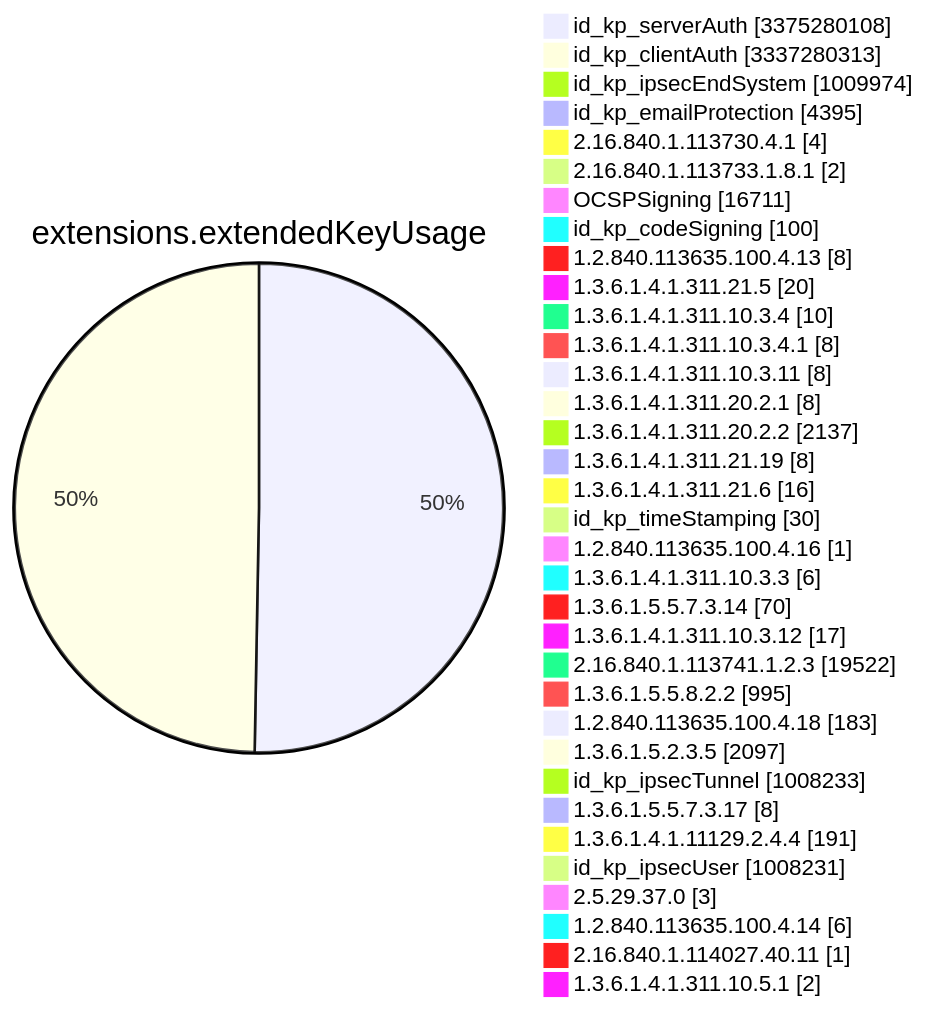
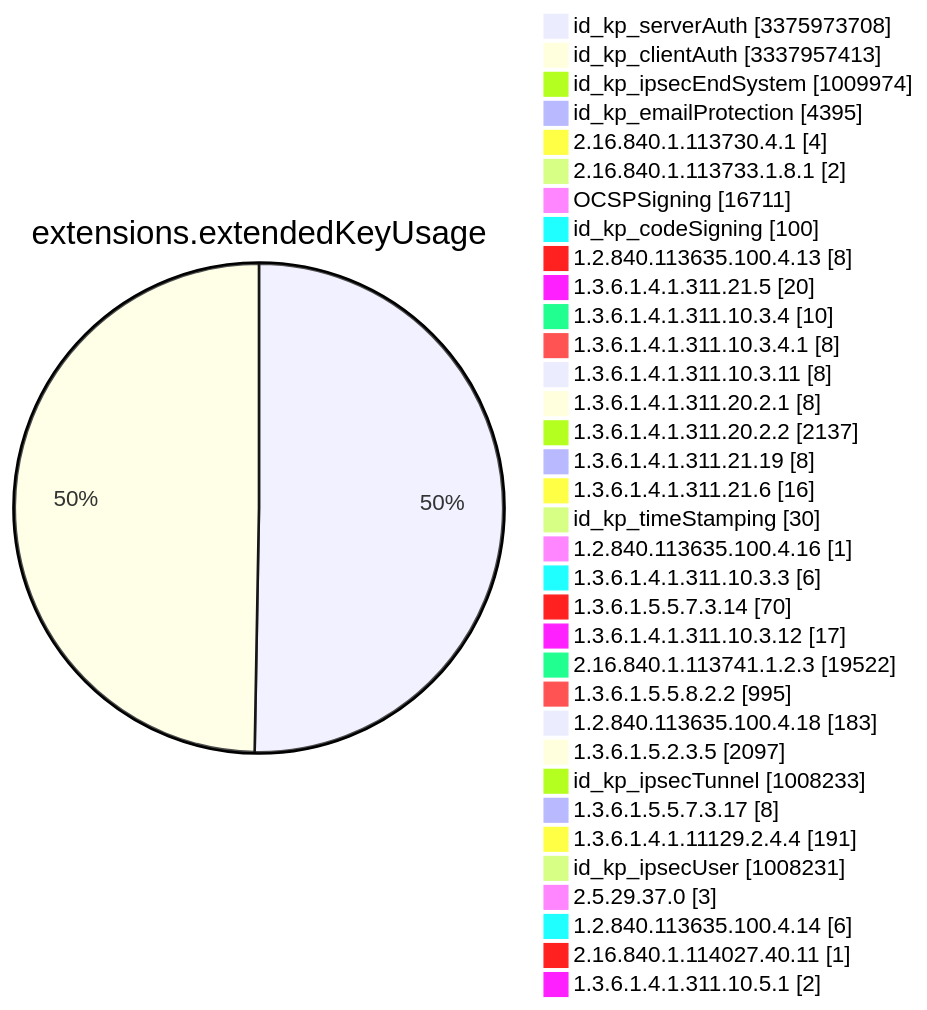
Diagram 11 of 15 in TOTAL/README.md (christiankrug/ctmonitor_visualization), drawn with Mermaid before and after one commit. The commit also changed other lines of this file, not shown here.

````diff
--- a/TOTAL/README.md
+++ b/TOTAL/README.md
@@ -4120,38 +4120,38 @@
 ```mermaid
 pie showData
 title extensions.extendedKeyUsage
-"id_kp_serverAuth" :3375280108
-"id_kp_clientAuth" :3337280313
+"id_kp_serverAuth" :3375973708
+"id_kp_clientAuth" :3337957413
 "id_kp_ipsecEndSystem" :1009974
 "id_kp_emailProtection" :4395
 "2.16.840.1.113730.4.1" :4
 "2.16.840.1.113733.1.8.1" :2
 "OCSPSigning" :16711
 "id_kp_codeSigning" :100
 "1.2.840.113635.100.4.13" :8
 "1.3.6.1.4.1.311.21.5" :20
 "1.3.6.1.4.1.311.10.3.4" :10
 "1.3.6.1.4.1.311.10.3.4.1" :8
 "1.3.6.1.4.1.311.10.3.11" :8
 "1.3.6.1.4.1.311.20.2.1" :8
 "1.3.6.1.4.1.311.20.2.2" :2137
 "1.3.6.1.4.1.311.21.19" :8
 "1.3.6.1.4.1.311.21.6" :16
 "id_kp_timeStamping" :30
 "1.2.840.113635.100.4.16" :1
 "1.3.6.1.4.1.311.10.3.3" :6
 "1.3.6.1.5.5.7.3.14" :70
 "1.3.6.1.4.1.311.10.3.12" :17
 "2.16.840.1.113741.1.2.3" :19522
 "1.3.6.1.5.5.8.2.2" :995
 "1.2.840.113635.100.4.18" :183
 "1.3.6.1.5.2.3.5" :2097
 "id_kp_ipsecTunnel" :1008233
 "1.3.6.1.5.5.7.3.17" :8
 "1.3.6.1.4.1.11129.2.4.4" :191
 "id_kp_ipsecUser" :1008231
 "2.5.29.37.0" :3
 "1.2.840.113635.100.4.14" :6
 "2.16.840.1.114027.40.11" :1
 "1.3.6.1.4.1.311.10.5.1" :2
 ```
````
